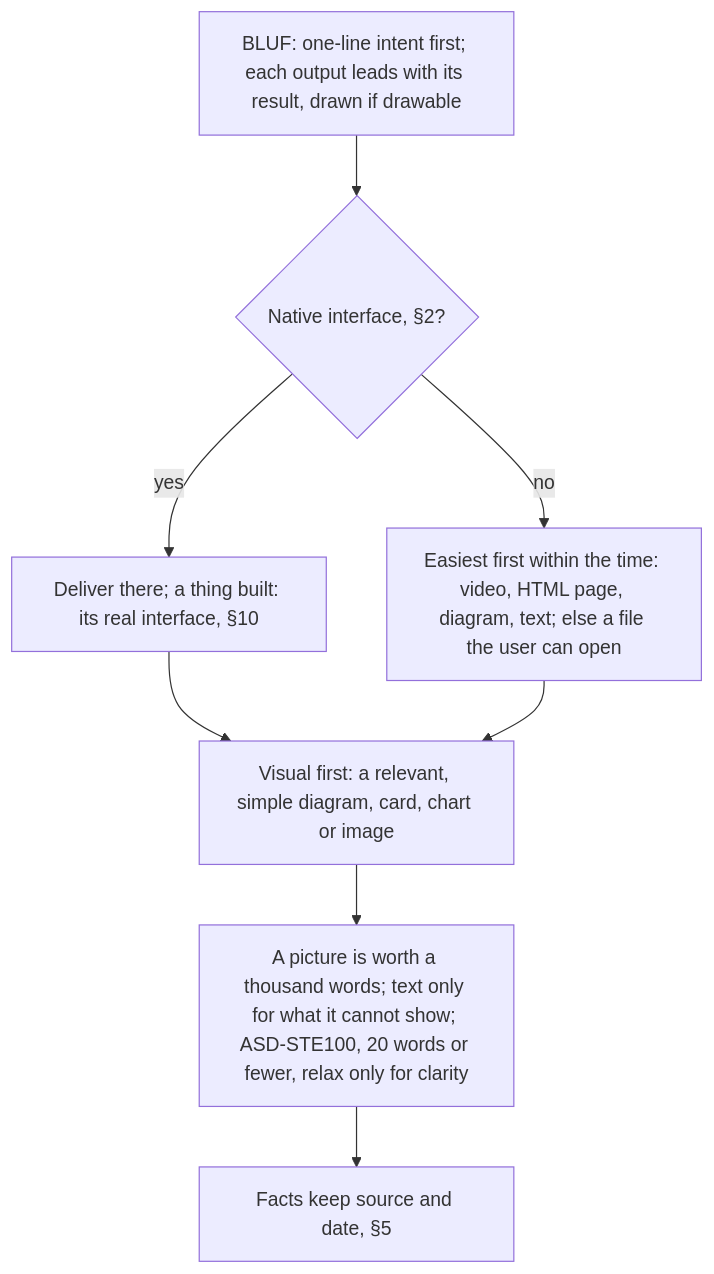
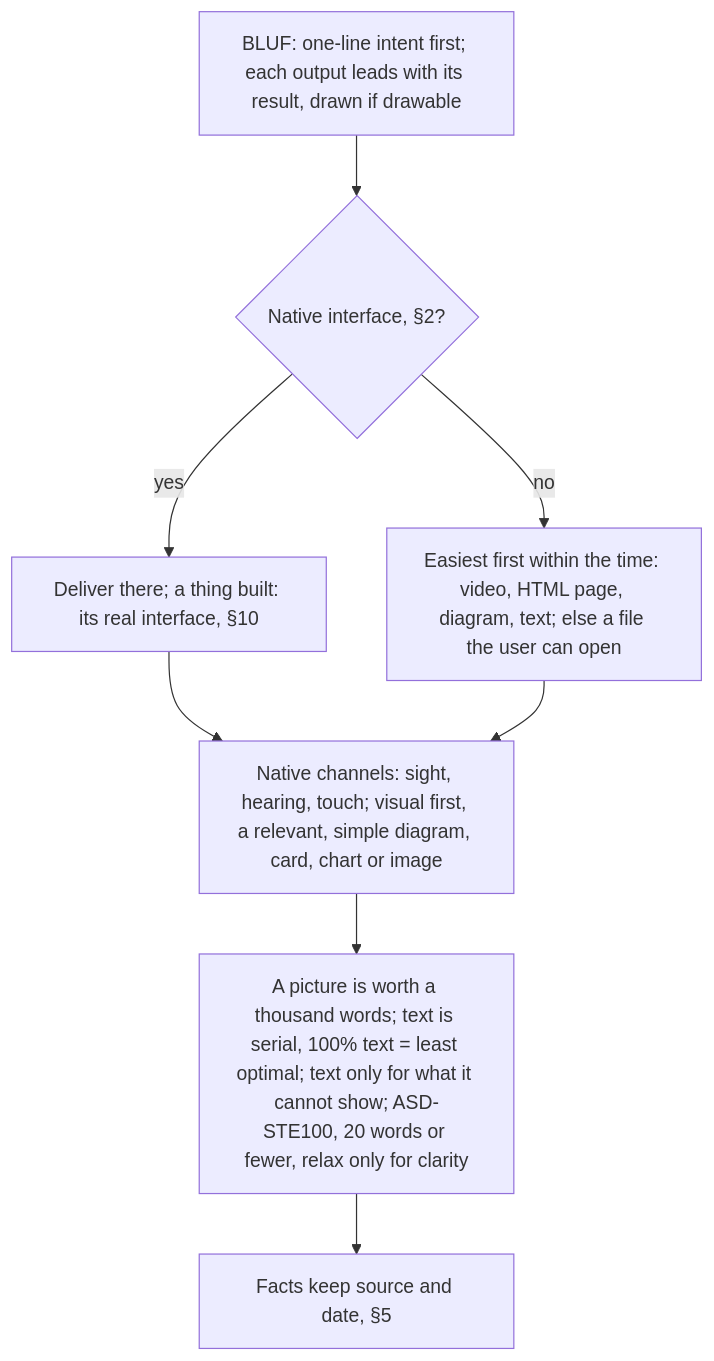
Diagram 12 of 14 in AGENTS.md (SolenixAI/arbiter), drawn with Mermaid before and after one commit. The commit also changed other lines of this file, not shown here.

````diff
--- a/AGENTS.md
+++ b/AGENTS.md
@@ -485,10 +488,10 @@
 ```mermaid
 flowchart TD
   IL["BLUF: one-line intent first; each output leads with its result, drawn if drawable"] --> N{Native interface, §2?}
   N -->|yes| V["Deliver there; a thing built: its real interface, §10"]
   N -->|no| F["Easiest first within the time: video, HTML page, diagram, text; else a file the user can open"]
-  V --> VF["Visual first: a relevant, simple diagram, card, chart or image"]
+  V --> VF["Native channels: sight, hearing, touch; visual first, a relevant, simple diagram, card, chart or image"]
   F --> VF
-  VF --> T["A picture is worth a thousand words; text only for what it cannot show; ASD-STE100, 20 words or fewer, relax only for clarity"]
+  VF --> T["A picture is worth a thousand words; text is serial, 100% text = least optimal; text only for what it cannot show; ASD-STE100, 20 words or fewer, relax only for clarity"]
   T --> E["Facts keep source and date, §5"]
 ```
````
